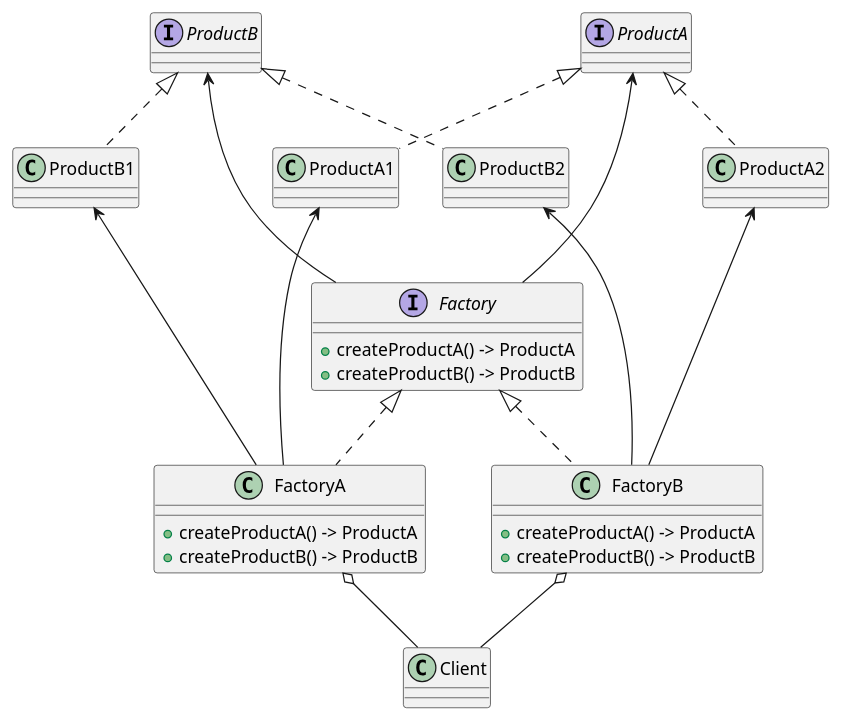
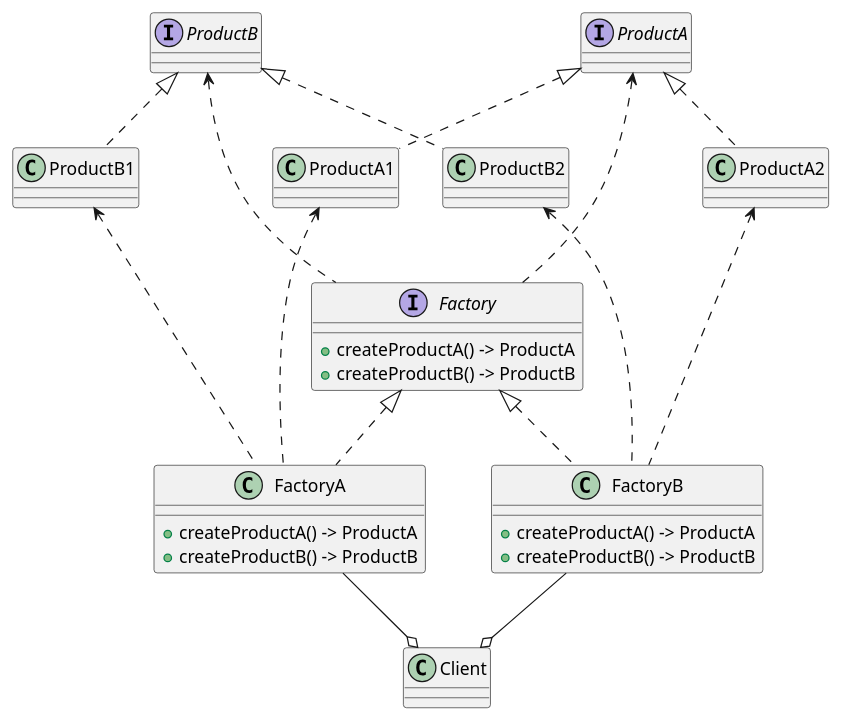
The diagram in DesignPatterns/AbstractFactory/theory.puml (JurajX/Notes), drawn with PlantUML before and after one commit. The commit also changed 7 other files, not shown here.

```diff
--- a/DesignPatterns/AbstractFactory/theory.puml
+++ b/DesignPatterns/AbstractFactory/theory.puml
@@ -1,50 +1,48 @@
 @startuml
 
 interface ProductA { }
 class ProductA2 { }
 
 ProductA <|.. ProductA1
 ProductA <|.. ProductA2
 
 interface ProductB { }
 class ProductB1 { }
 class ProductB2 { }
 
 ProductB <|.. ProductB1
 ProductB <|.. ProductB2
 
 interface Factory
 {
     + createProductA() -> ProductA
     + createProductB() -> ProductB
 }
 
 class FactoryA
 {
     + createProductA() -> ProductA
     + createProductB() -> ProductB
 }
 
 class FactoryB
 {
     + createProductA() -> ProductA
     + createProductB() -> ProductB
 }
 
 Factory <|.. FactoryA
 Factory <|.. FactoryB
 
-ProductA <-- Factory
-ProductB <-- Factory
-ProductA1 <--- FactoryA
-ProductB1 <--- FactoryA
-ProductA2 <--- FactoryB
-ProductB2 <--- FactoryB
+ProductA <.. Factory
+ProductB <.. Factory
+ProductA1 <... FactoryA
+ProductB1 <... FactoryA
+ProductA2 <... FactoryB
+ProductB2 <... FactoryB
 
-class Client { }
-
-FactoryA o-- Client
-FactoryB o-- Client
+FactoryA --o Client
+FactoryB --o Client
 
 
 @enduml
```
